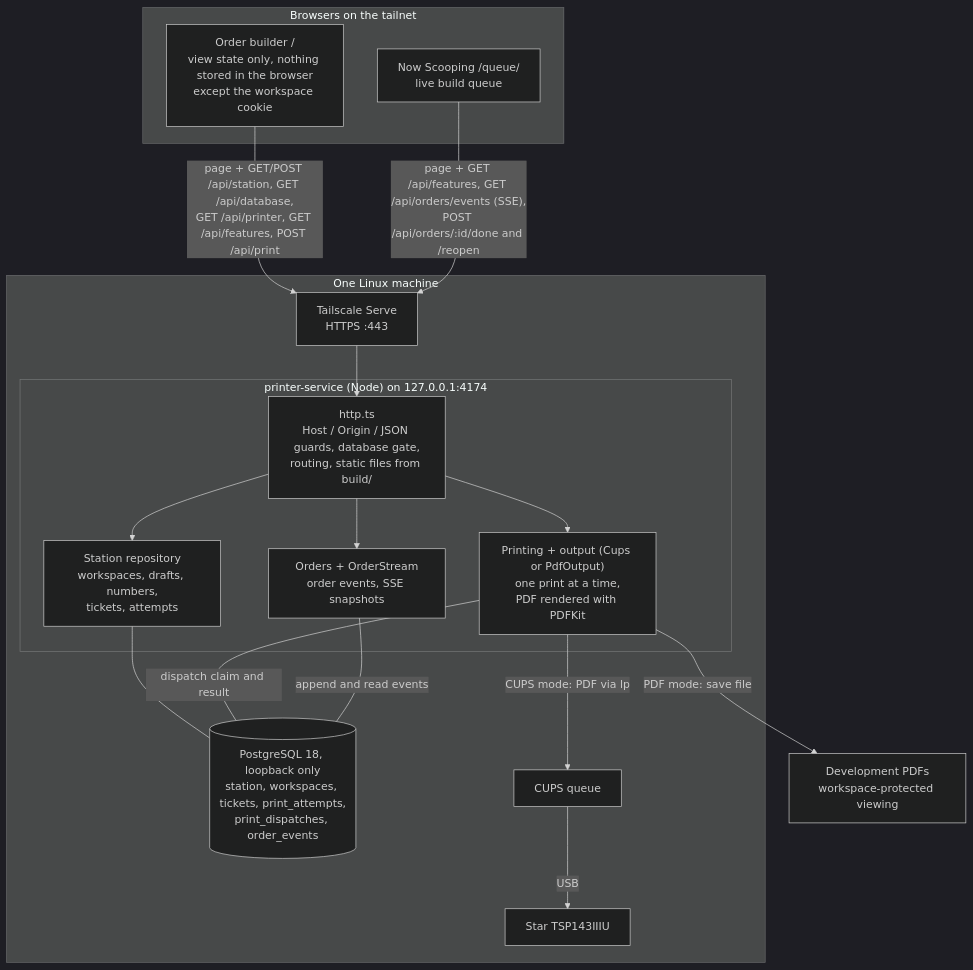
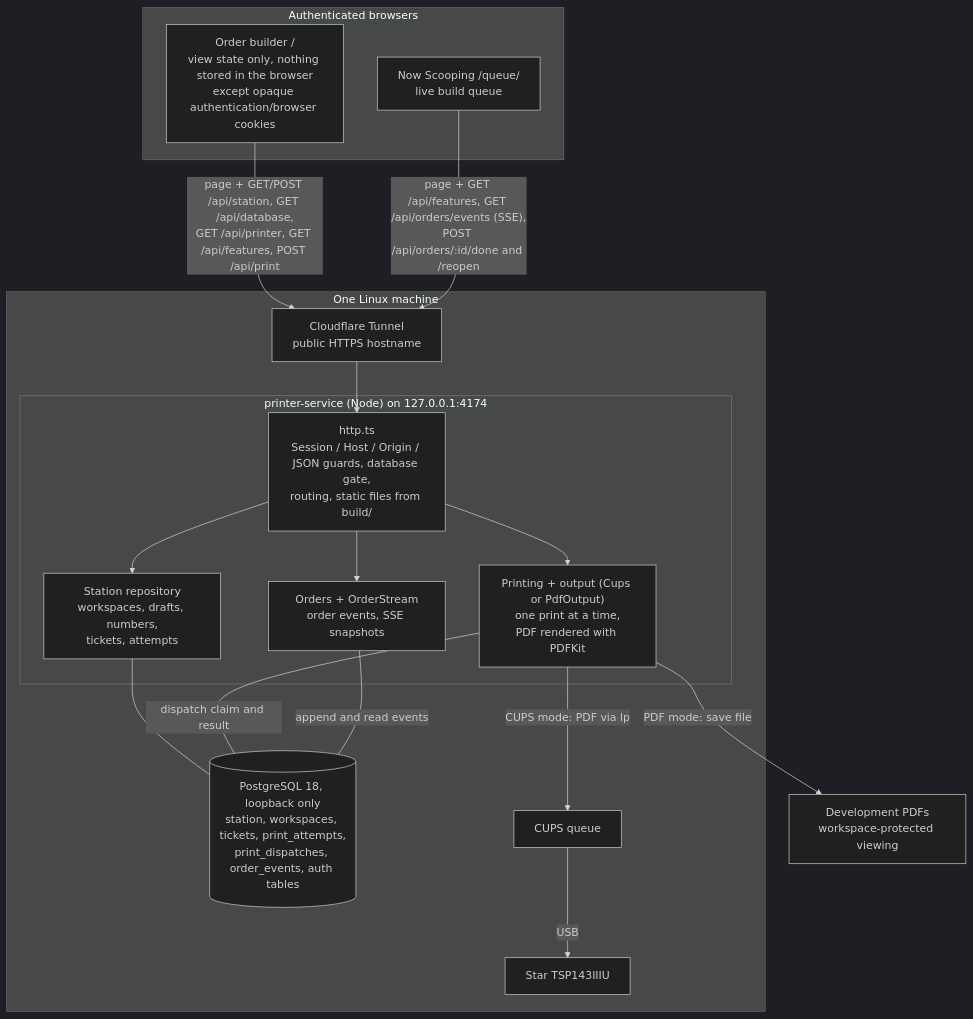
Before and after one commit to castab/event-order-pad: the first of 2 diagrams in README.md, drawn with Mermaid (dark theme). The commit also changed other lines of this file and 60 other files, not shown here.

First line of the commit message:
Require authentication for public HTTPS access (#10)

````diff
--- a/README.md
+++ b/README.md
@@ -11,32 +11,32 @@
 ```mermaid
 flowchart TB
-  subgraph Devices["Browsers on the tailnet"]
-    B["Order builder /<br/>view state only, nothing stored in the browser<br/>except the workspace cookie"]
+  subgraph Devices["Authenticated browsers"]
+    B["Order builder /<br/>view state only, nothing stored in the browser<br/>except opaque authentication/browser cookies"]
     Q["Now Scooping /queue/<br/>live build queue"]
   end
   subgraph Host["One Linux machine"]
-    TS["Tailscale Serve<br/>HTTPS :443"]
+    TS["Cloudflare Tunnel<br/>public HTTPS hostname"]
     subgraph Svc["printer-service (Node) on 127.0.0.1:4174"]
-      H["http.ts<br/>Host / Origin / JSON guards, database gate,<br/>routing, static files from build/"]
+      H["http.ts<br/>Session / Host / Origin / JSON guards, database gate,<br/>routing, static files from build/"]
       SR["Station repository<br/>workspaces, drafts, numbers,<br/>tickets, attempts"]
       PR["Printing + output (Cups or PdfOutput)<br/>one print at a time,<br/>PDF rendered with PDFKit"]
       OR["Orders + OrderStream<br/>order events, SSE snapshots"]
     end
-    DB[("PostgreSQL 18, loopback only<br/>station, workspaces, tickets, print_attempts,<br/>print_dispatches, order_events")]
+    DB[("PostgreSQL 18, loopback only<br/>station, workspaces, tickets, print_attempts,<br/>print_dispatches, order_events, auth tables")]
     C["CUPS queue"]
     P["Star TSP143IIIU"]
   end
   B -- "page + GET/POST /api/station, GET /api/database,<br/>GET /api/printer, GET /api/features, POST /api/print" --> TS
   Q -- "page + GET /api/features, GET /api/orders/events (SSE),<br/>POST /api/orders/:id/done and /reopen" --> TS
   TS --> H
   H --> SR
   H --> PR
   H --> OR
   SR --- DB
   PR -- "dispatch claim and result" --- DB
   OR -- "append and read events" --- DB
   F["Development PDFs<br/>workspace-protected viewing"]
   PR -- "PDF mode: save file" --> F
   PR -- "CUPS mode: PDF via lp" --> C
   C -- USB --> P
 ```
````
